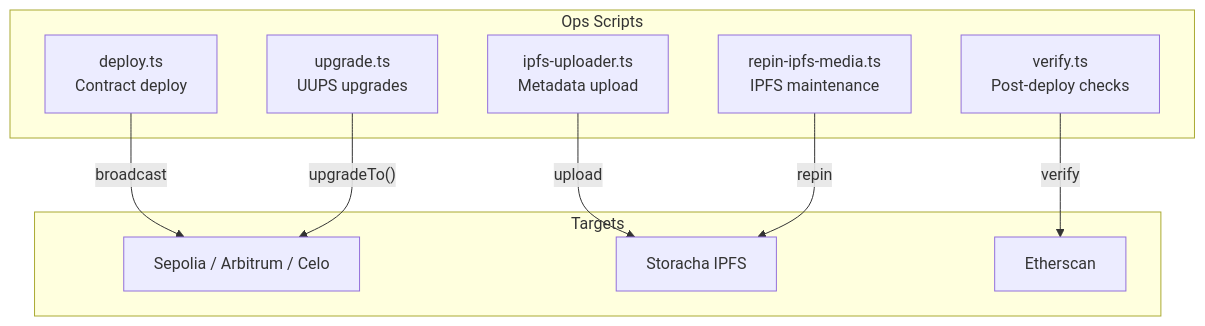
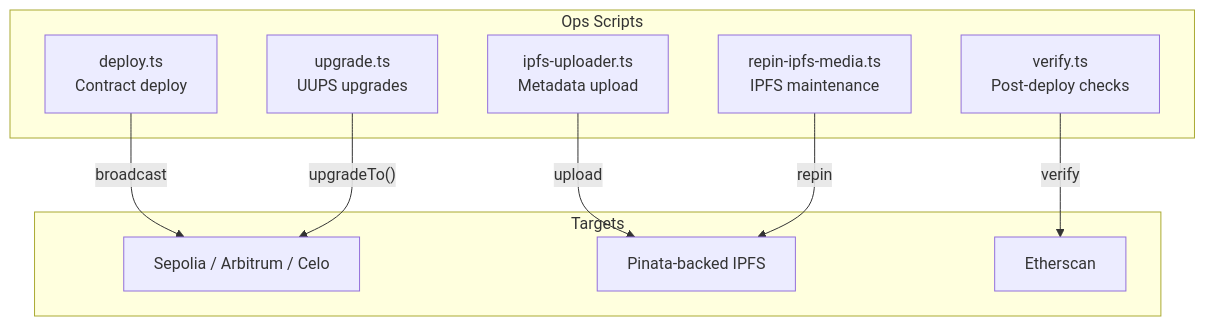
Before and after one commit to greenpill-dev-guild/green-goods: the diagram in docs/docs/builders/packages/ops.mdx, drawn with Mermaid. The commit also changed other lines of this file and 28 other files, not shown here.

````diff
--- a/docs/docs/builders/packages/ops.mdx
+++ b/docs/docs/builders/packages/ops.mdx
@@ -13,22 +13,22 @@
 ```mermaid
 graph TB
     subgraph Scripts["Ops Scripts"]
         D["deploy.ts\nContract deploy"]
         U["upgrade.ts\nUUPS upgrades"]
         V["verify.ts\nPost-deploy checks"]
         I["ipfs-uploader.ts\nMetadata upload"]
         R["repin-ipfs-media.ts\nIPFS maintenance"]
     end
 
     subgraph Targets
         Chains["Sepolia / Arbitrum / Celo"]
-        IPFS["Storacha IPFS"]
+        IPFS["Pinata-backed IPFS"]
         ES["Etherscan"]
     end
 
     D -->|broadcast| Chains
     U -->|"upgradeTo()"| Chains
     V -->|verify| ES
     I -->|upload| IPFS
     R -->|repin| IPFS
 ```
````
